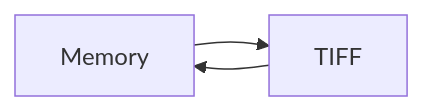
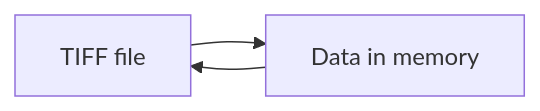
The first of 2 diagrams in book/1-storage.md (alessandrofelder/heftie-textbook), drawn with Mermaid before and after one commit. The commit also changed other lines of this file, not shown here.

````diff
--- a/book/1-storage.md
+++ b/book/1-storage.md
@@ -103,5 +100,8 @@
 ```{mermaid}
     flowchart LR
+        TIFF --> Memory
         Memory --> TIFF
-        TIFF --> Memory
+
+        TIFF["TIFF file"]
+        Memory["Data in memory"]
 ```
````
